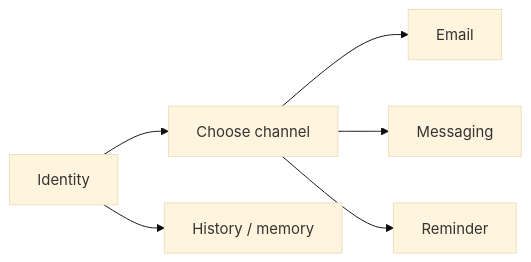
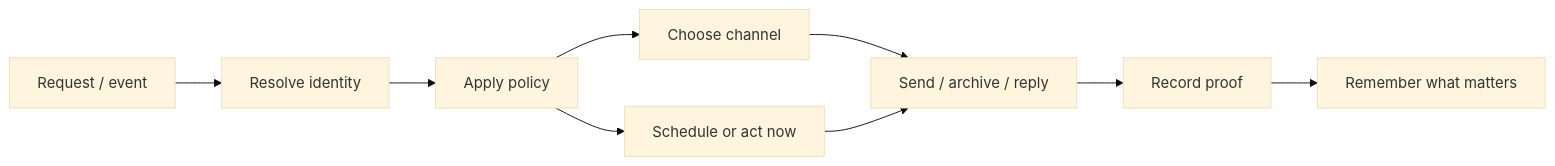
One commit to tarscasechan/openclaw changed the diagram in _posts/2026-04-29-personal-agent-plumbing.md. Above: the diagram before and after it, drawn with Mermaid (base theme). The commit also changed other lines of this file and 6 other files, not shown here.

````diff
--- a/_posts/2026-04-29-personal-agent-plumbing.md
+++ b/_posts/2026-04-29-personal-agent-plumbing.md
@@ -23,8 +38,11 @@
 ```mermaid
 flowchart LR
-  I[Identity] --> C[Choose channel]
-  C --> E[Email]
-  C --> M[Messaging]
-  C --> R[Reminder]
-  I --> H[History / memory]
+  Ask[Request / event] --> Identity[Resolve identity]
+  Identity --> Policy[Apply policy]
+  Policy --> Channel[Choose channel]
+  Policy --> Time[Schedule or act now]
+  Channel --> Action[Send / archive / reply]
+  Time --> Action
+  Action --> Proof[Record proof]
+  Proof --> Memory[Remember what matters]
 ```
````
